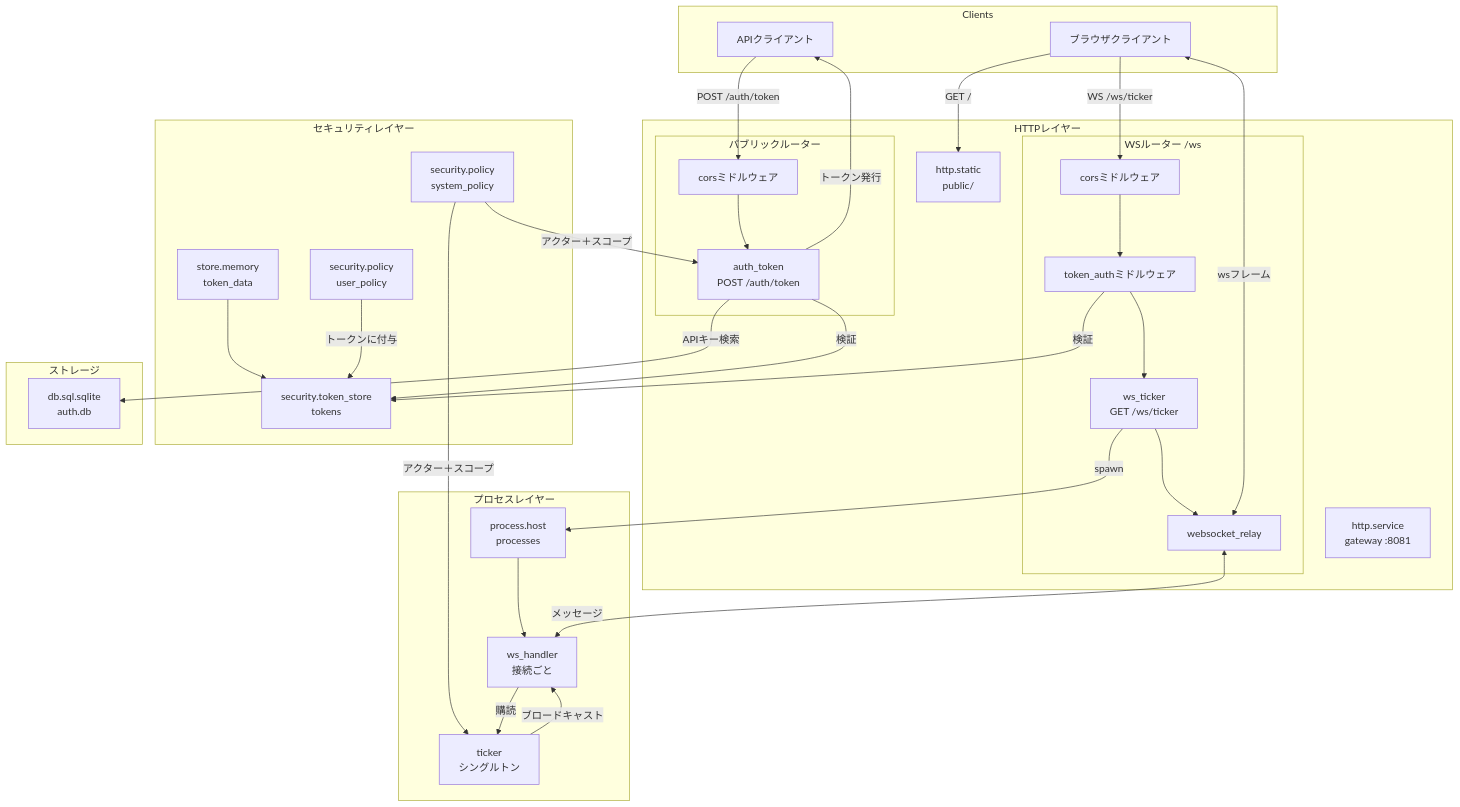
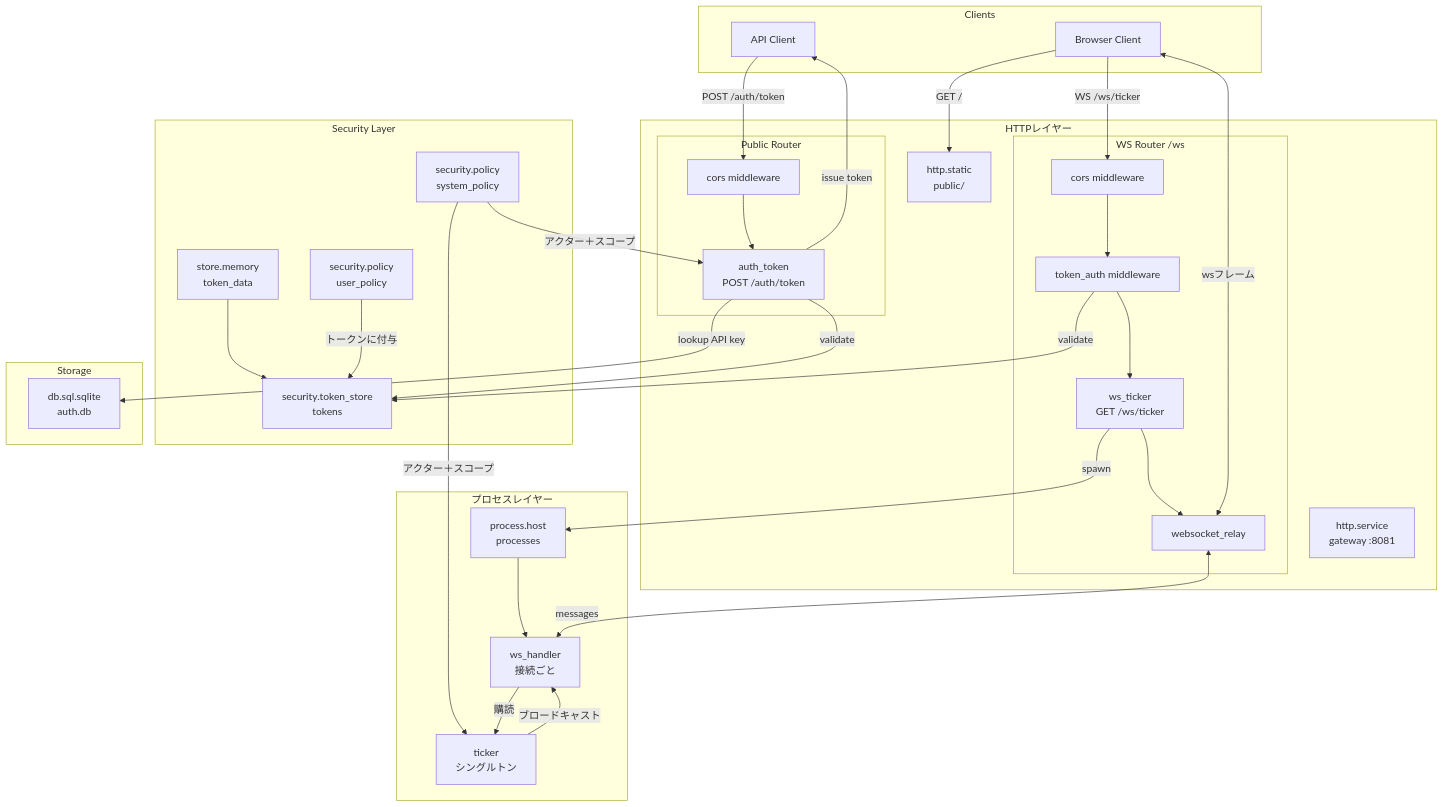
One commit to wippyai/docs changed the diagram in ja/tutorials/auth.md. Above: the diagram before and after it, drawn with Mermaid. The commit also changed other lines of this file and 870 other files, not shown here.

````diff
--- a/ja/tutorials/auth.md
+++ b/ja/tutorials/auth.md
@@ -36,68 +61,72 @@
 ```mermaid
 flowchart TB
     subgraph Clients
-        Browser[ブラウザクライアント]
-        API[APIクライアント]
+        Browser[Browser Client]
+        API[API Client]
     end
 
     subgraph "HTTPレイヤー"
         Server[http.service<br/>gateway :8081]
         Static[http.static<br/>public/]
 
-        subgraph "パブリックルーター"
-            CORS1[corsミドルウェア]
+        subgraph "Public Router"
+            CORS1[cors middleware]
             AuthEndpoint[auth_token<br/>POST /auth/token]
         end
 
-        subgraph "WSルーター /ws"
-            CORS2[corsミドルウェア]
-            TokenAuth[token_authミドルウェア]
+        subgraph "WS Router /ws"
+            CORS2[cors middleware]
+            TokenAuth[token_auth middleware]
             WSEndpoint[ws_ticker<br/>GET /ws/ticker]
             WSRelay[websocket_relay]
         end
     end
 
-    subgraph "セキュリティレイヤー"
+    subgraph "Security Layer"
         TokenStore[security.token_store<br/>tokens]
         Policy[security.policy<br/>user_policy]
         SysPolicy[security.policy<br/>system_policy]
         MemStore[store.memory<br/>token_data]
     end
 
-    subgraph "ストレージ"
+    subgraph "Storage"
         DB[db.sql.sqlite<br/>auth.db]
     end
 
     subgraph "プロセスレイヤー"
         Supervisor[process.host<br/>processes]
         WSHandler[ws_handler<br/>接続ごと]
         Ticker[ticker<br/>シングルトン]
     end
 
     Browser -->|"GET /"| Static
     API -->|"POST /auth/token"| CORS1
     Browser -->|"WS /ws/ticker"| CORS2
 
+    %% API flow
     CORS1 --> AuthEndpoint
-    AuthEndpoint -->|検証| TokenStore
-    AuthEndpoint -->|"トークン発行"| API
+    AuthEndpoint -->|validate| TokenStore
+    AuthEndpoint -->|"issue token"| API
 
+    %% WS flow
     CORS2 --> TokenAuth
-    TokenAuth -->|検証| TokenStore
+    TokenAuth -->|validate| TokenStore
     TokenAuth --> WSEndpoint
     WSEndpoint -->|spawn| Supervisor
     Supervisor --> WSHandler
     WSEndpoint --> WSRelay
-    WSRelay <-->|"メッセージ"| WSHandler
+    WSRelay <-->|"messages"| WSHandler
 
+    %% Token store deps
     MemStore --> TokenStore
     Policy -->|トークンに付与| TokenStore
     SysPolicy -->|"アクター＋スコープ"| AuthEndpoint
     SysPolicy -->|"アクター＋スコープ"| Ticker
 
-    AuthEndpoint -->|APIキー検索| DB
+    %% Auth uses DB for API keys
+    AuthEndpoint -->|lookup API key| DB
 
     WSHandler -->|購読| Ticker
     Ticker -->|ブロードキャスト| WSHandler
     WSRelay <-->|"wsフレーム"| Browser
 ```
````
